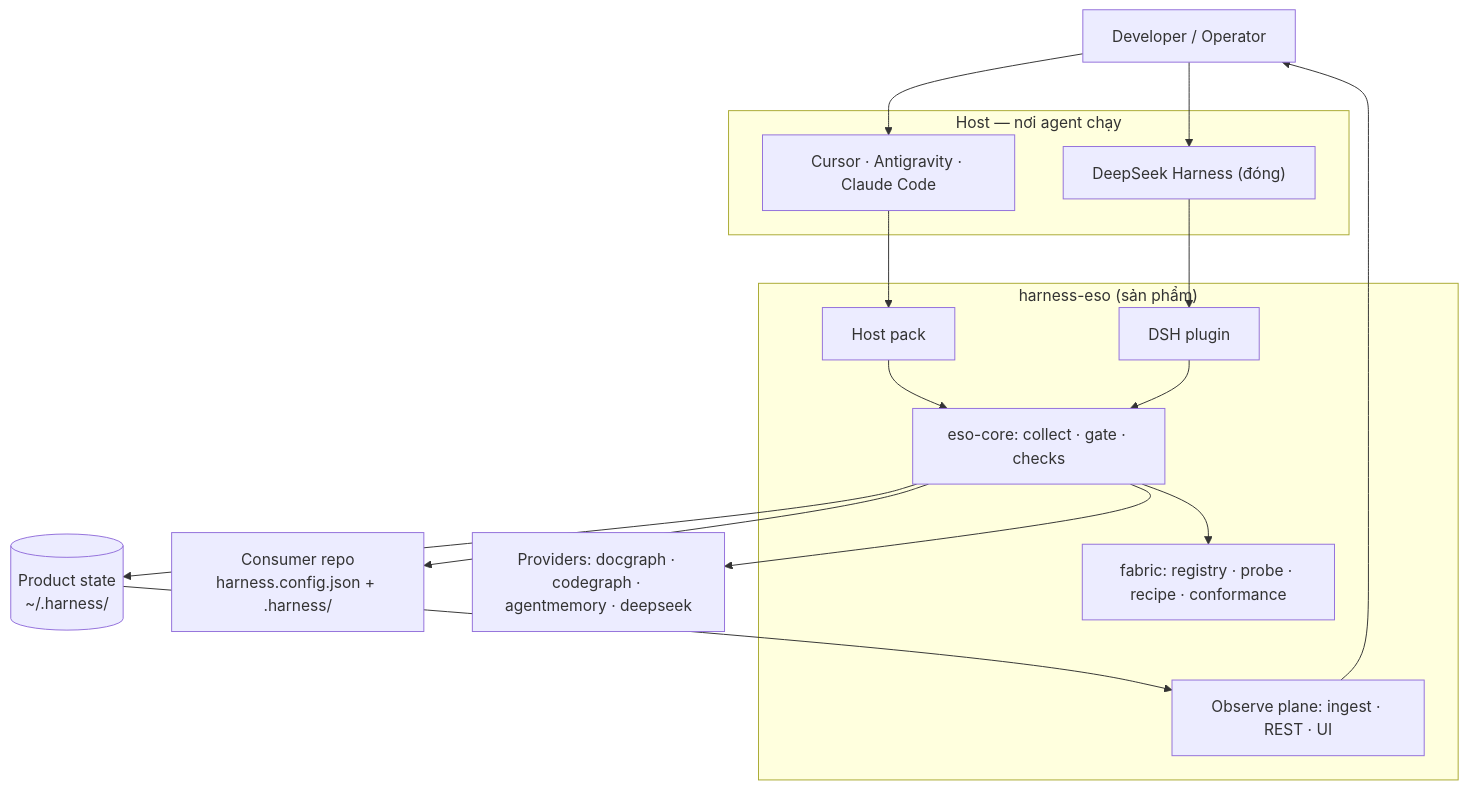
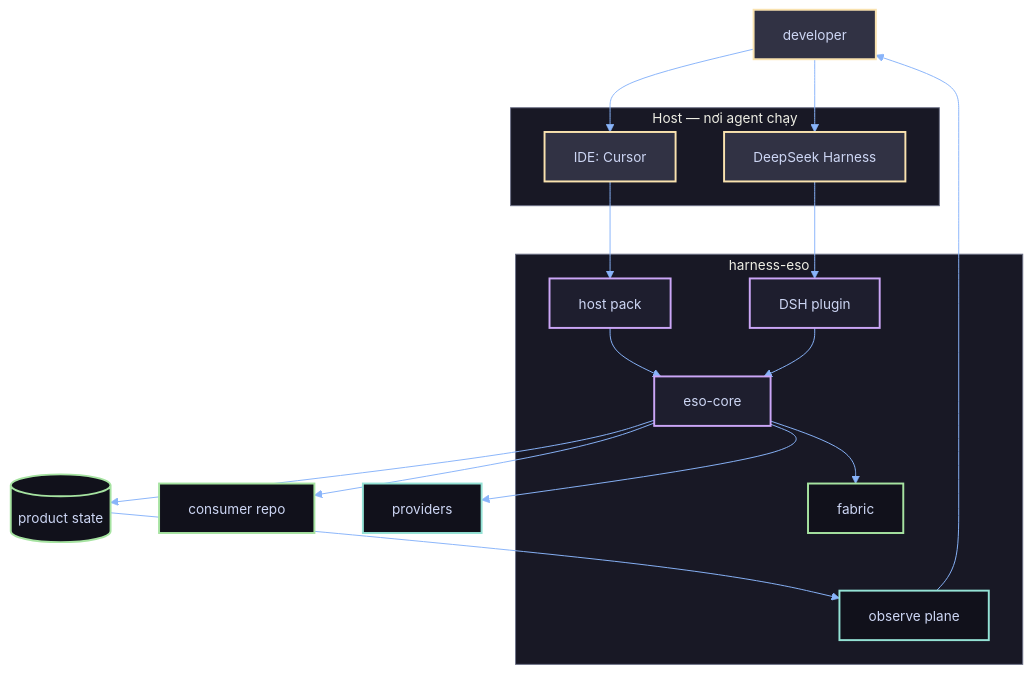
The first of 4 diagrams in documents/07.how-it-works/01.landscape.md (thangs2/harness-eso), drawn with Mermaid before and after one commit. The commit also changed other lines of this file and 10 other files, not shown here.

First line of the commit message:
docs: redraw the how-it-works pack under one mermaid standard

````diff
--- a/documents/07.how-it-works/01.landscape.md
+++ b/documents/07.how-it-works/01.landscape.md
@@ -5,31 +5,38 @@
 ```mermaid
+%%{init: {"theme": "base", "themeVariables": {"background": "#1e1e2e", "primaryColor": "#313244", "primaryTextColor": "#cdd6f4", "primaryBorderColor": "#cba6f7", "lineColor": "#89b4fa", "secondaryColor": "#181825", "tertiaryColor": "#11111b", "clusterBkg": "#181825", "clusterBorder": "#6c7086", "edgeLabelBackground": "#1e1e2e", "fontSize": "14px", "actorBkg": "#313244", "actorBorder": "#cba6f7", "actorTextColor": "#cdd6f4", "signalColor": "#89b4fa", "signalTextColor": "#cdd6f4", "noteBkgColor": "#313244", "noteTextColor": "#cdd6f4", "noteBorderColor": "#f9e2af"}}}%%
 flowchart TB
-  DEV["Developer / Operator"]
-  subgraph HOST["Host — nơi agent chạy"]
-    IDE["Cursor · Antigravity · Claude Code"]
-    DSH["DeepSeek Harness (đóng)"]
-  end
-  subgraph ESO["harness-eso (sản phẩm)"]
-    PACK["Host pack"]
-    PLUG["DSH plugin"]
-    CORE["eso-core: collect · gate · checks"]
-    FAB["fabric: registry · probe · recipe · conformance"]
-    OBS["Observe plane: ingest · REST · UI"]
-  end
-  CONSUMER["Consumer repo\nharness.config.json + .harness/"]
-  PROV["Providers: docgraph · codegraph · agentmemory · deepseek"]
-  STATE[("Product state\n~/.harness/")]
 
-  DEV --> IDE
-  DEV --> DSH
-  IDE --> PACK
-  DSH --> PLUG
-  PACK --> CORE
-  PLUG --> CORE
-  CORE --> FAB
-  CORE --> PROV
-  CORE --> CONSUMER
-  CORE --> STATE
-  STATE --> OBS
-  OBS --> DEV
+    classDef w fill:#1e1e2e,stroke:#cba6f7,stroke-width:2px,color:#cdd6f4
+    classDef r fill:#11111b,stroke:#94e2d5,stroke-width:2px,color:#cdd6f4
+    classDef shared fill:#11111b,stroke:#a6e3a1,stroke-width:2px,color:#cdd6f4
+    classDef human fill:#313244,stroke:#f9e2af,stroke-width:2px,color:#cdd6f4
+
+    DEV[developer]:::human
+    subgraph HOST ["Host — nơi agent chạy"]
+        IDE[IDE: Cursor]:::human
+        DSH[DeepSeek Harness]:::human
+    end
+    subgraph ESO ["harness-eso"]
+        PACK[host pack]:::w
+        PLUG[DSH plugin]:::w
+        CORE[eso-core]:::w
+        FAB[fabric]:::shared
+        OBS[observe plane]:::r
+    end
+    CONSUMER[consumer repo]:::shared
+    PROV[providers]:::r
+    STATE[(product state)]:::shared
+
+    DEV --> IDE
+    DEV --> DSH
+    IDE --> PACK
+    DSH --> PLUG
+    PACK --> CORE
+    PLUG --> CORE
+    CORE --> FAB
+    CORE --> PROV
+    CORE --> CONSUMER
+    CORE --> STATE
+    STATE --> OBS
+    OBS --> DEV
 ```
````
